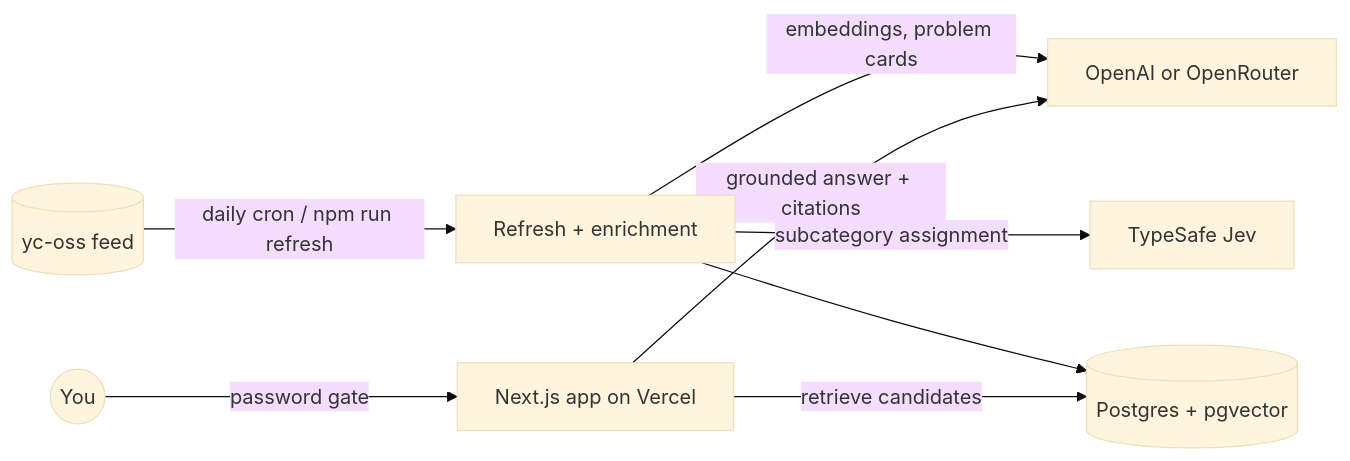
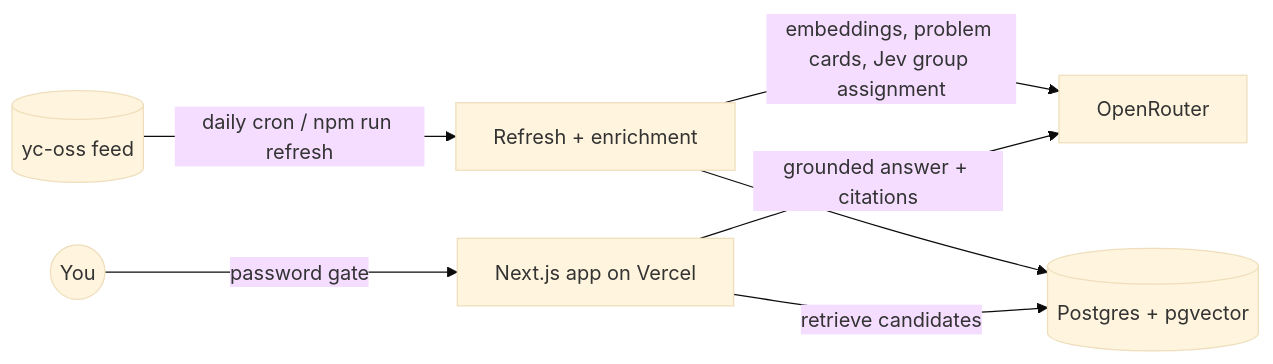
The diagram in README.md (shivamshinde123/whatstir), drawn with Mermaid (base theme) before and after one commit. The commit also changed other lines of this file and 45 other files, not shown here.

First line of the commit message:
OpenRouter only (v2.0.0), session-long follow-up context, and web search (#51)

````diff
--- a/README.md
+++ b/README.md
@@ -73,10 +72,9 @@
 ```mermaid
 flowchart LR
   yc[(yc-oss feed)] -->|daily cron / npm run refresh| ingest[Refresh + enrichment]
-  ingest -->|embeddings, problem cards| openai[OpenAI or OpenRouter]
-  ingest -->|subcategory assignment| jev[TypeSafe Jev]
+  ingest -->|embeddings, problem cards, Jev group assignment| openrouter[OpenRouter]
   ingest --> db[(Postgres + pgvector)]
   user((You)) -->|password gate| app[Next.js app on Vercel]
   app -->|retrieve candidates| db
-  app -->|grounded answer + citations| openai
+  app -->|grounded answer + citations| openrouter
 ```
````
